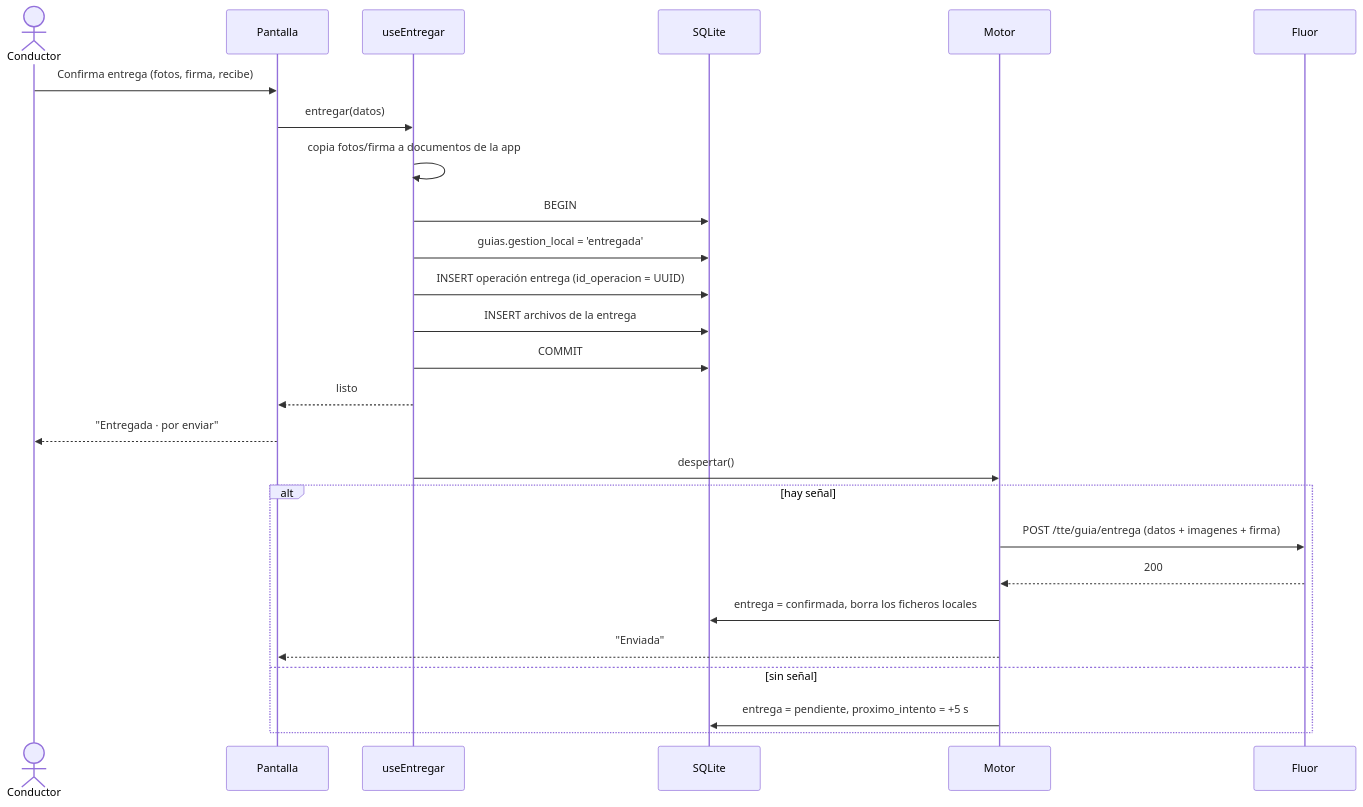
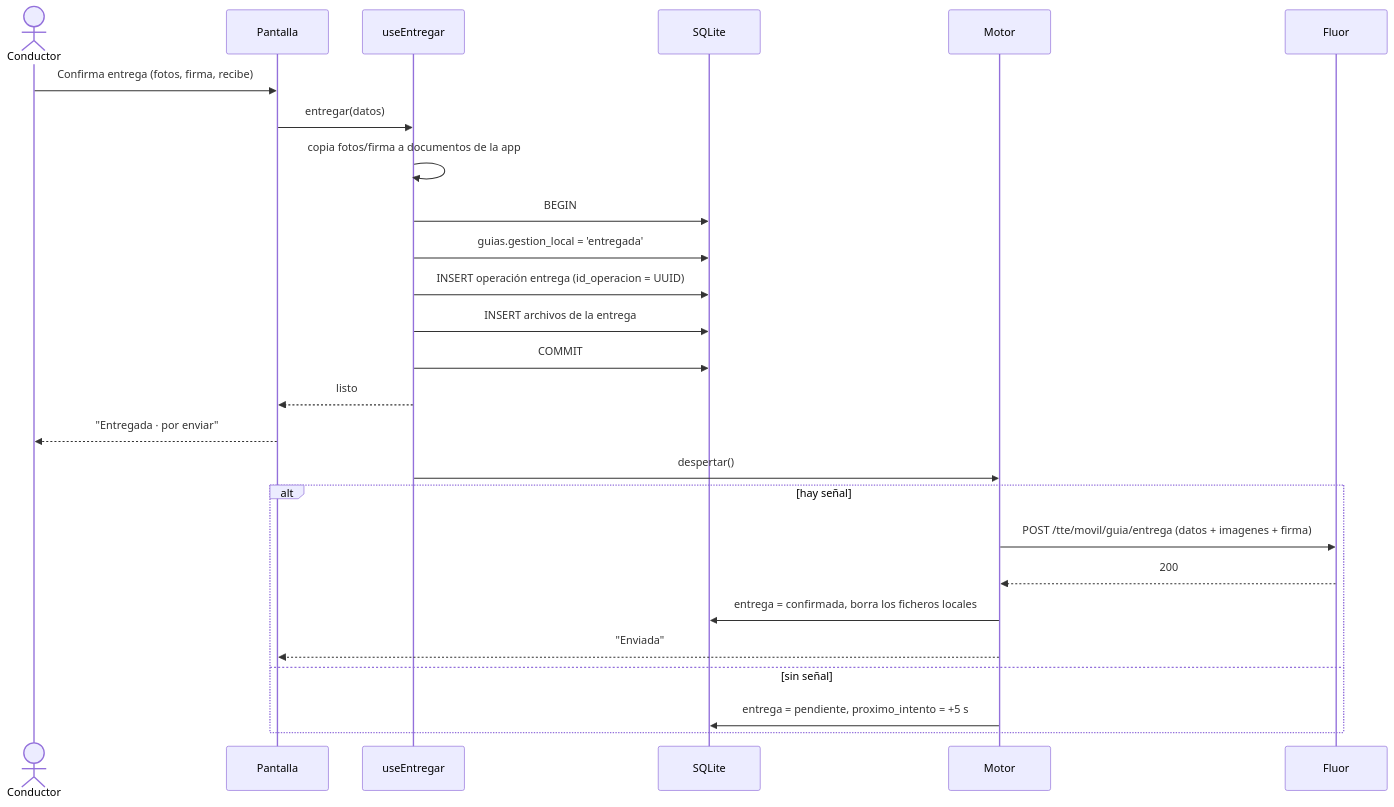
The fifth of 9 diagrams in docs/offline.md (tamerlantian/cilog-2), drawn with Mermaid before and after one commit. The commit also changed other lines of this file and 9 other files, not shown here.

````diff
--- a/docs/offline.md
+++ b/docs/offline.md
@@ -179,29 +179,29 @@
 ```mermaid
 sequenceDiagram
     actor C as Conductor
     participant P as Pantalla
     participant H as useEntregar
     participant DB as SQLite
     participant M as Motor
     participant F as Fluor
 
     C->>P: Confirma entrega (fotos, firma, recibe)
     P->>H: entregar(datos)
     H->>H: copia fotos/firma a documentos de la app
     H->>DB: BEGIN
     H->>DB: guias.gestion_local = 'entregada'
     H->>DB: INSERT operación entrega (id_operacion = UUID)
     H->>DB: INSERT archivos de la entrega
     H->>DB: COMMIT
     H-->>P: listo
     P-->>C: "Entregada · por enviar"
     H->>M: despertar()
     alt hay señal
-        M->>F: POST /tte/guia/entrega (datos + imagenes + firma)
+        M->>F: POST /tte/movil/guia/entrega (datos + imagenes + firma)
         F-->>M: 200
         M->>DB: entrega = confirmada, borra los ficheros locales
         M-->>P: "Enviada"
     else sin señal
         M->>DB: entrega = pendiente, proximo_intento = +5 s
     end
 ```
````
